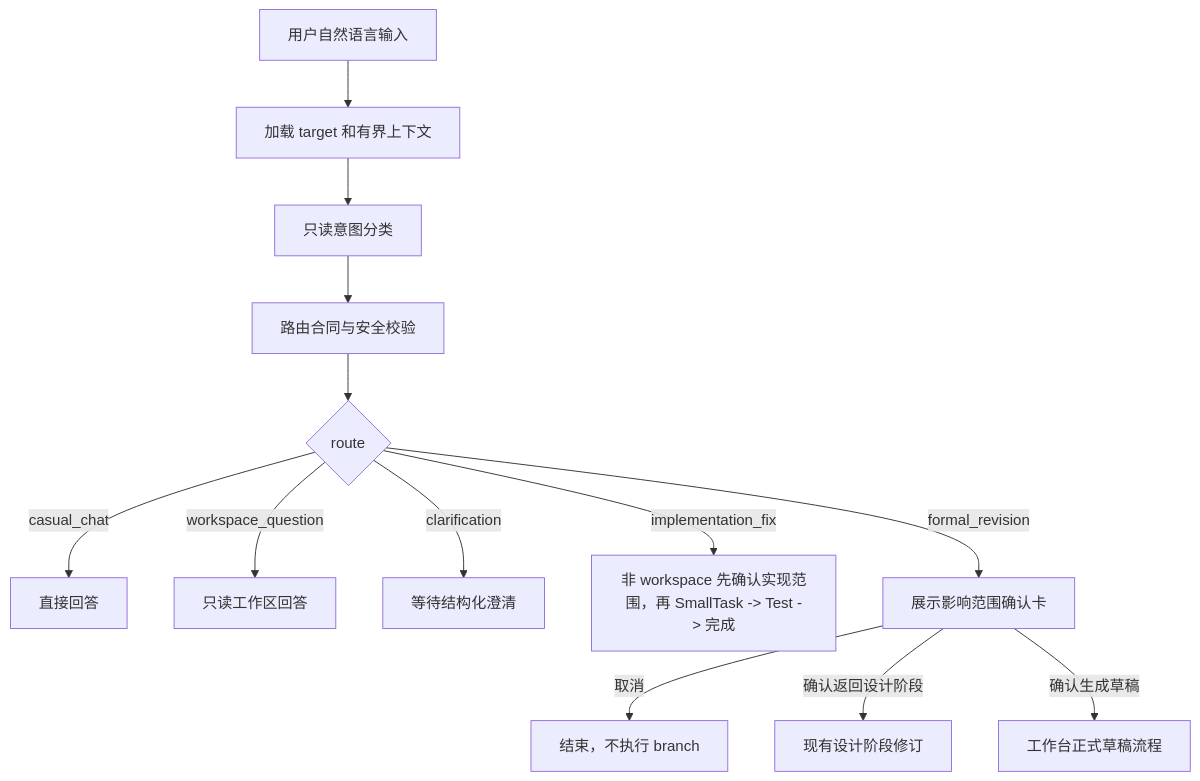
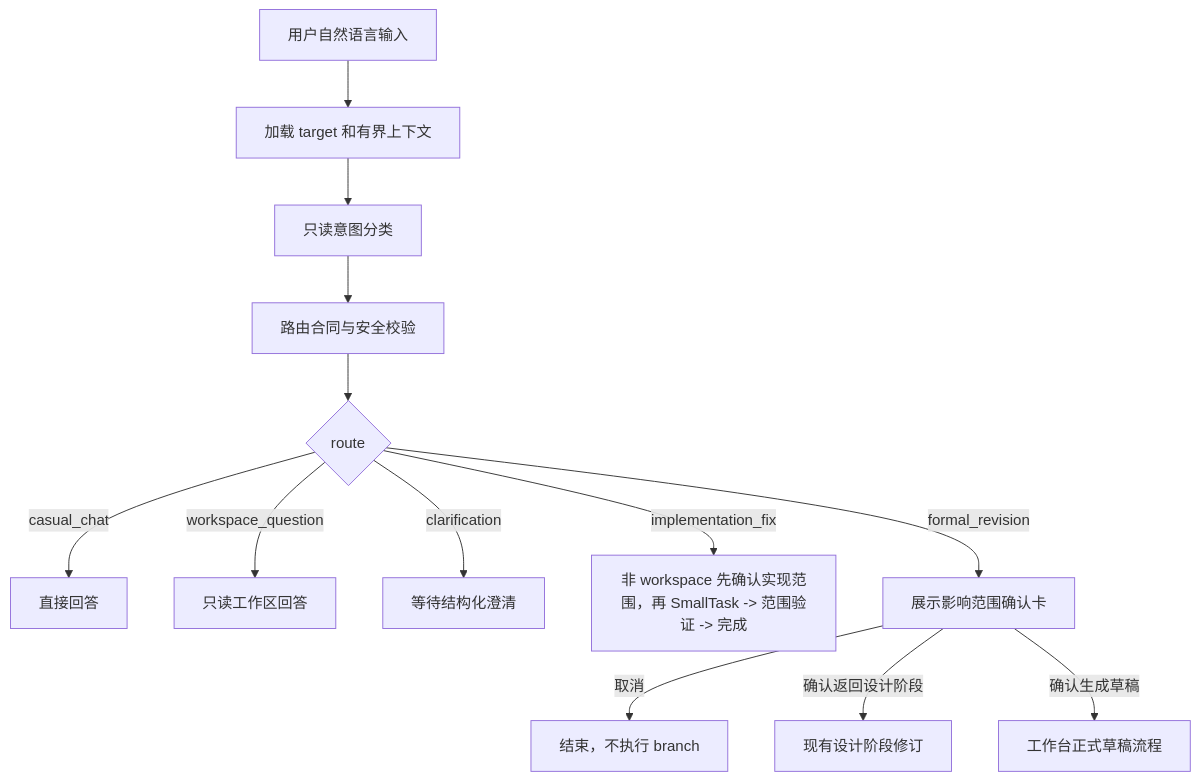
Before and after one commit to YYYWYF/XCodeAgent: the first of 3 diagrams in docs/APPLICATION_REVISION_WORKFLOW.md, drawn with Mermaid. The commit also changed other lines of this file and 43 other files, not shown here.

````diff
--- a/docs/APPLICATION_REVISION_WORKFLOW.md
+++ b/docs/APPLICATION_REVISION_WORKFLOW.md
@@ -320,15 +321,15 @@
 ```mermaid
 flowchart TD
     A["用户自然语言输入"] --> B["加载 target 和有界上下文"]
     B --> C["只读意图分类"]
     C --> D["路由合同与安全校验"]
     D --> E{"route"}
     E -- casual_chat --> F["直接回答"]
     E -- workspace_question --> G["只读工作区回答"]
     E -- clarification --> H["等待结构化澄清"]
-    E -- implementation_fix --> I["非 workspace 先确认实现范围，再 SmallTask -> Test -> 完成"]
+    E -- implementation_fix --> I["非 workspace 先确认实现范围，再 SmallTask -> 范围验证 -> 完成"]
     E -- formal_revision --> J["展示影响范围确认卡"]
     J -- 取消 --> K["结束，不执行 branch"]
     J -- 确认返回设计阶段 --> L["现有设计阶段修订"]
     J -- 确认生成草稿 --> M["工作台正式草稿流程"]
 ```
````
